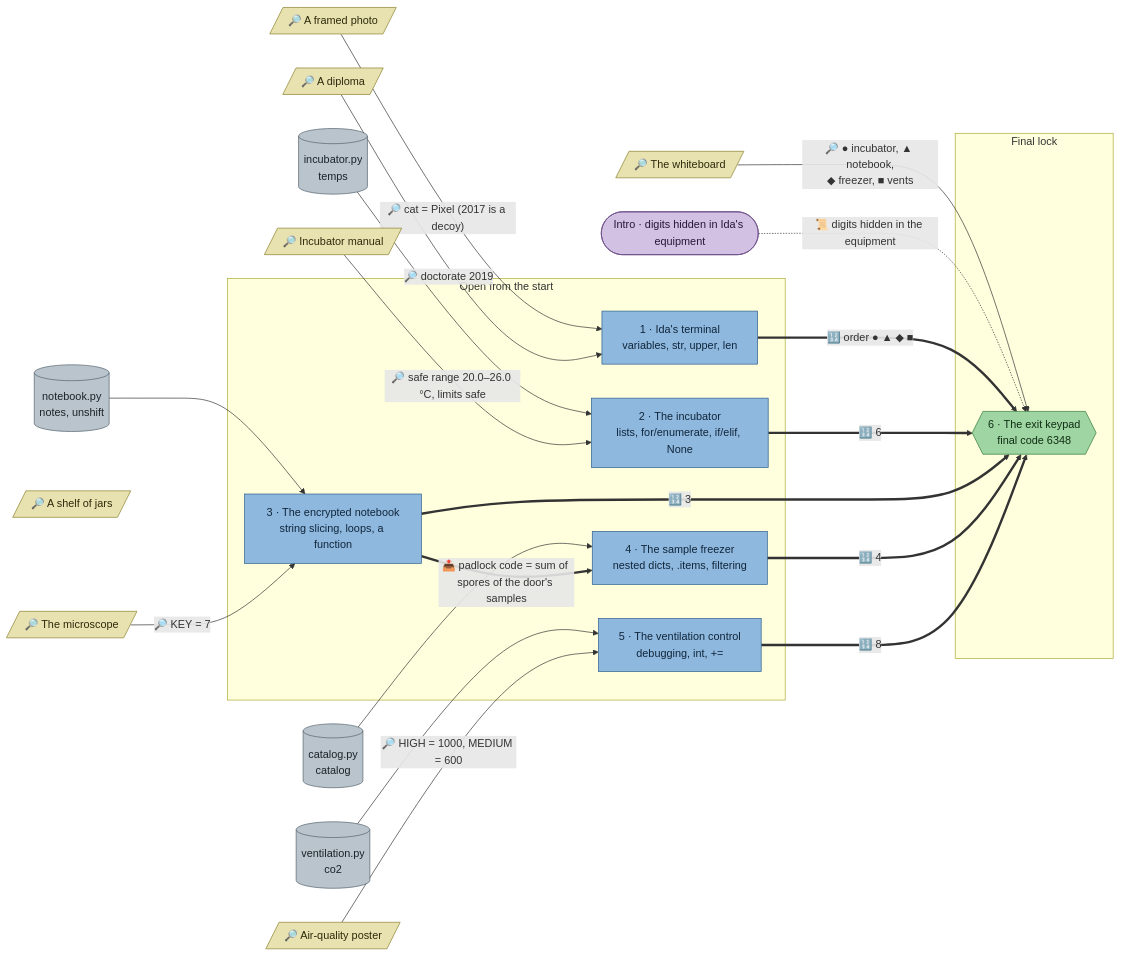
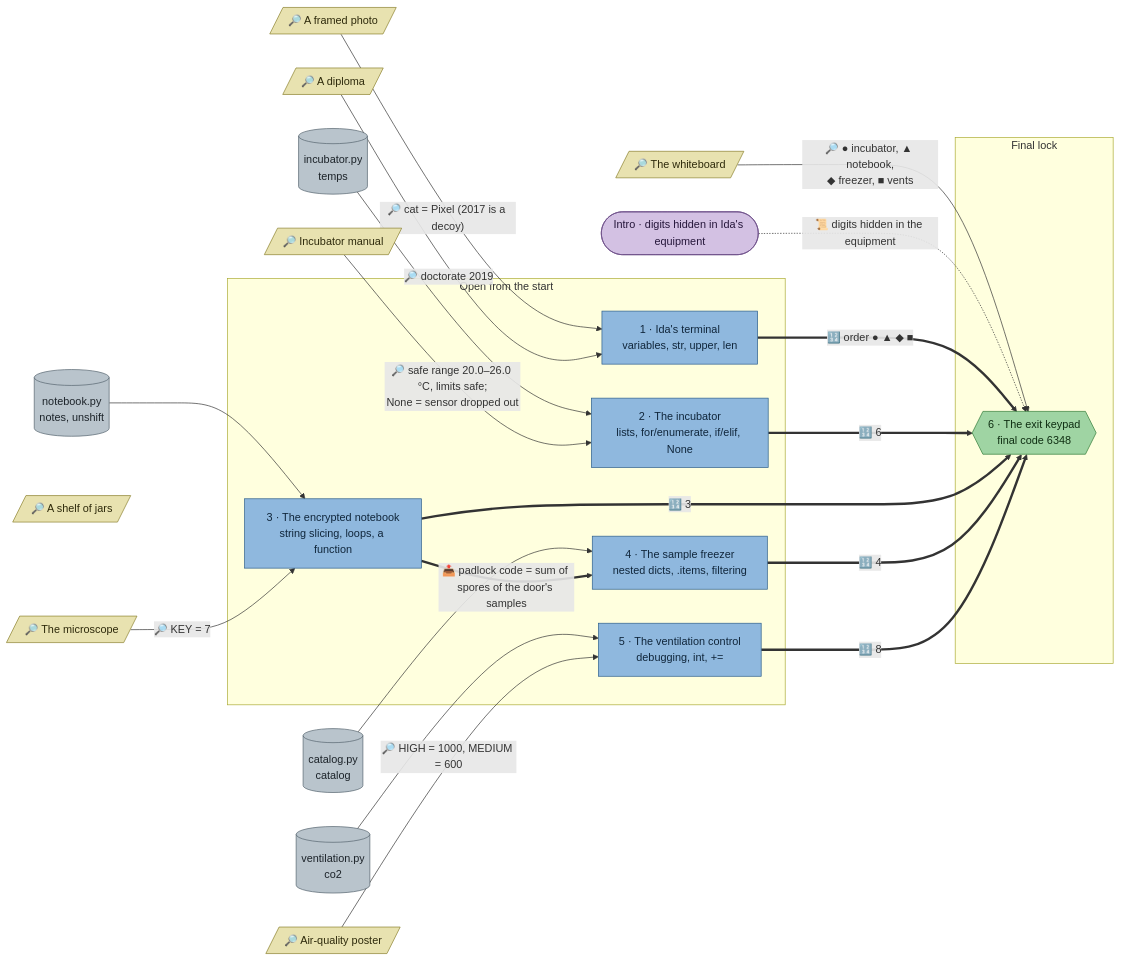
One commit to mhoffmann-wbs/DataScienceEscapeRooms changed the diagram in docs/flows/python-lab.md. Above: the diagram before and after it, drawn with Mermaid. The commit also changed other lines of this file and 13 other files, not shown here.

````diff
--- a/docs/flows/python-lab.md
+++ b/docs/flows/python-lab.md
@@ -5,62 +5,62 @@
 ```mermaid
 flowchart LR
   intro(["Intro · digits hidden in Ida's equipment"])
 
   photo[/"🔎 A framed photo"/]
   diploma[/"🔎 A diploma"/]
   manual[/"🔎 Incubator manual"/]
   microscope[/"🔎 The microscope"/]
   poster[/"🔎 Air-quality poster"/]
   whiteboard[/"🔎 The whiteboard"/]
   jars[/"🔎 A shelf of jars"/]
 
   d_incubator[("incubator.py<br/>temps")]
   d_notebook[("notebook.py<br/>notes, unshift")]
   d_freezer[("catalog.py<br/>catalog")]
   d_ventilation[("ventilation.py<br/>co2")]
 
   subgraph p1["Open from the start"]
     terminal["1 · Ida's terminal<br/>variables, str, upper, len"]
     incubator["2 · The incubator<br/>lists, for/enumerate, if/elif, None"]
     notebook["3 · The encrypted notebook<br/>string slicing, loops, a function"]
     freezer["4 · The sample freezer<br/>nested dicts, .items, filtering"]
     ventilation["5 · The ventilation control<br/>debugging, int, +="]
   end
 
   subgraph p2["Final lock"]
     exit{{"6 · The exit keypad<br/>final code 6348"}}
   end
 
   d_incubator --> incubator
   d_notebook --> notebook
   d_freezer --> freezer
   d_ventilation --> ventilation
 
   photo -->|"🔎 cat = Pixel (2017 is a decoy)"| terminal
   diploma -->|"🔎 doctorate 2019"| terminal
-  manual -->|"🔎 safe range 20.0–26.0 °C, limits safe"| incubator
+  manual -->|"🔎 safe range 20.0–26.0 °C, limits safe;<br/>None = sensor dropped out"| incubator
   microscope -->|"🔎 KEY = 7"| notebook
   poster -->|"🔎 HIGH = 1000, MEDIUM = 600"| ventilation
   whiteboard -->|"🔎 ● incubator, ▲ notebook,<br/>◆ freezer, ■ vents"| exit
   intro -.->|"📜 digits hidden in the equipment"| exit
 
   notebook ==>|"📤 padlock code = sum of spores of the door's samples"| freezer
 
   terminal ==>|"🔢 order ● ▲ ◆ ■"| exit
   incubator ==>|"🔢 6"| exit
   notebook ==>|"🔢 3"| exit
   freezer ==>|"🔢 4"| exit
   ventilation ==>|"🔢 8"| exit
 
   classDef station fill:#8fb8de,stroke:#2b5d8a,color:#10263b
   classDef locked fill:#e0b36a,stroke:#8a5a12,color:#3a2504
   classDef clue fill:#e8e2b0,stroke:#8a7f2b,color:#2e2a0b
   classDef data fill:#b9c4cc,stroke:#55636e,color:#1c2329
   classDef final fill:#9fd4a3,stroke:#2f7a36,color:#0f2e12
   classDef intro fill:#d3c1e3,stroke:#6a4c86,color:#25163a
   class terminal,incubator,notebook,freezer,ventilation station
   class photo,diploma,manual,microscope,poster,whiteboard,jars clue
   class d_incubator,d_notebook,d_freezer,d_ventilation data
   class exit final
   class intro intro
 ```
````
